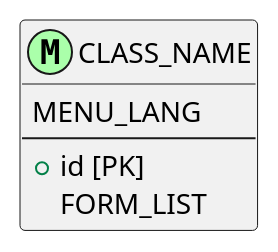
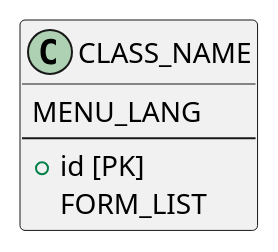
The diagram in develop/database.pu (blocs/admin), drawn with PlantUML before and after one commit. The commit also changed 2 other files, not shown here.

```diff
--- a/develop/database.pu
+++ b/develop/database.pu
@@ -1,6 +1,6 @@
-    Class "CLASS_NAME" as LOOP_ITEM <<M,AAFFAA)>> {
+    Class "CLASS_NAME" as LOOP_ITEM {
         MENU_LANG
         ---
        +id [PK]
         FORM_LIST
     }
```
